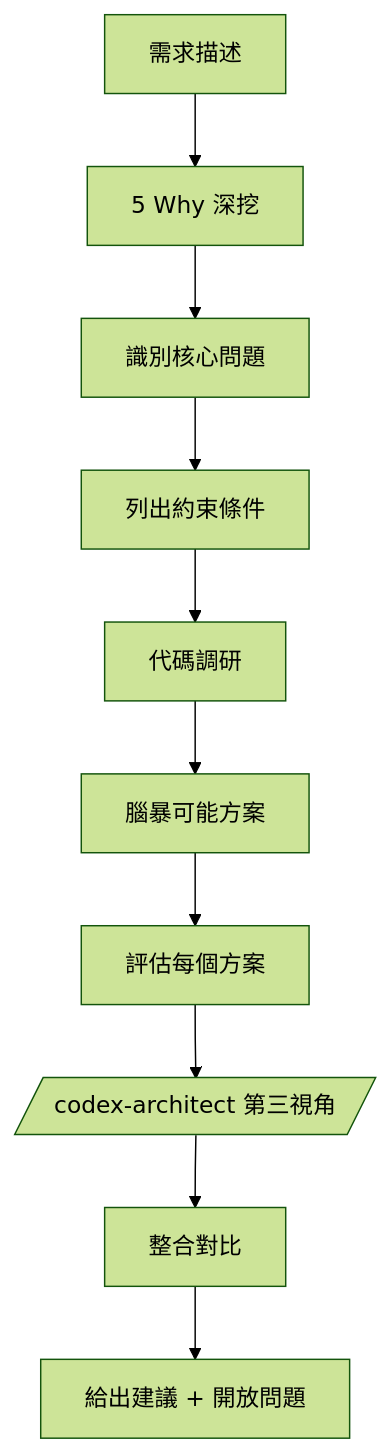
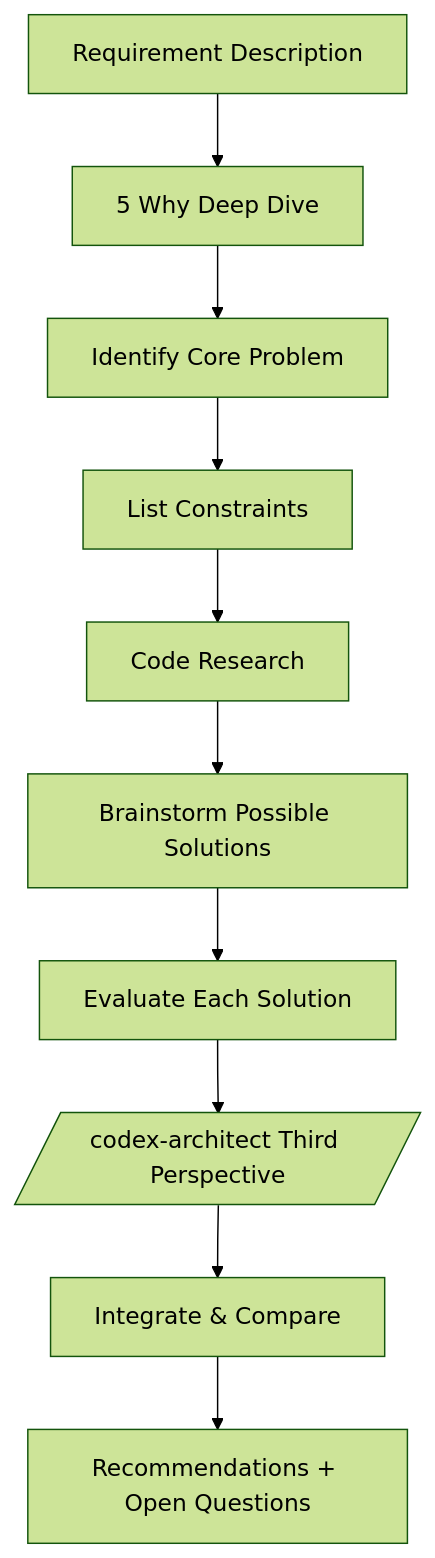
Before and after one commit to jupiter-Pulin/Uranus-dev-flow: the diagram in agents/feasibility-analyst.md, drawn with Mermaid (forest theme). The commit also changed other lines of this file and 106 other files, not shown here.

````diff
--- a/agents/feasibility-analyst.md
+++ b/agents/feasibility-analyst.md
@@ -14,12 +14,12 @@
 ```mermaid
 flowchart TD
-    A[需求描述] --> B[5 Why 深挖]
-    B --> C[識別核心問題]
-    C --> D[列出約束條件]
-    D --> E[代碼調研]
-    E --> F[腦暴可能方案]
-    F --> G[評估每個方案]
-    G --> X[/codex-architect 第三視角/]
-    X --> H[整合對比]
-    H --> I[給出建議 + 開放問題]
+    A[Requirement Description] --> B[5 Why Deep Dive]
+    B --> C[Identify Core Problem]
+    C --> D[List Constraints]
+    D --> E[Code Research]
+    E --> F[Brainstorm Possible Solutions]
+    F --> G[Evaluate Each Solution]
+    G --> X[/codex-architect Third Perspective/]
+    X --> H[Integrate & Compare]
+    H --> I[Recommendations + Open Questions]
 ```
````
